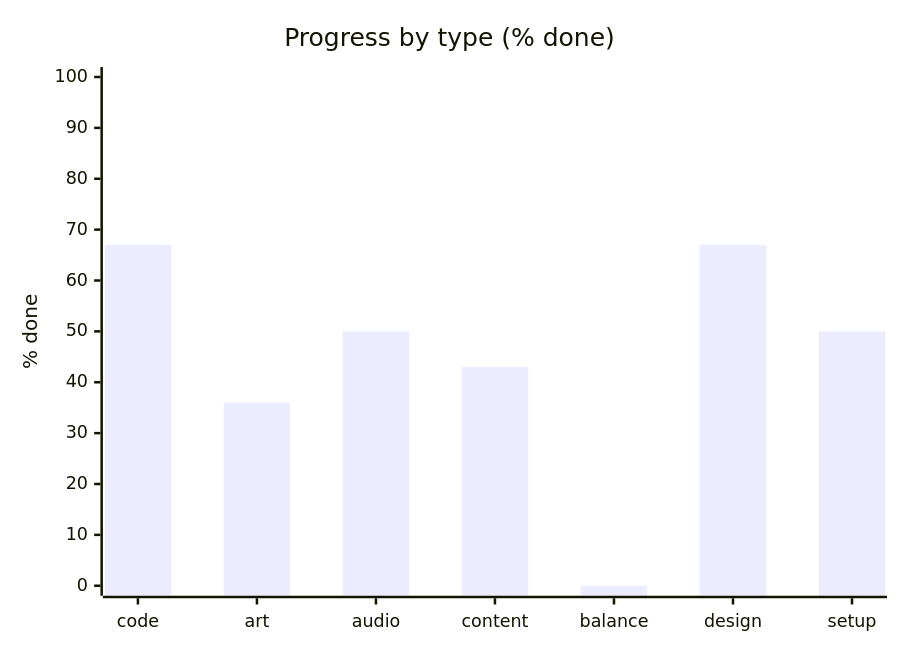
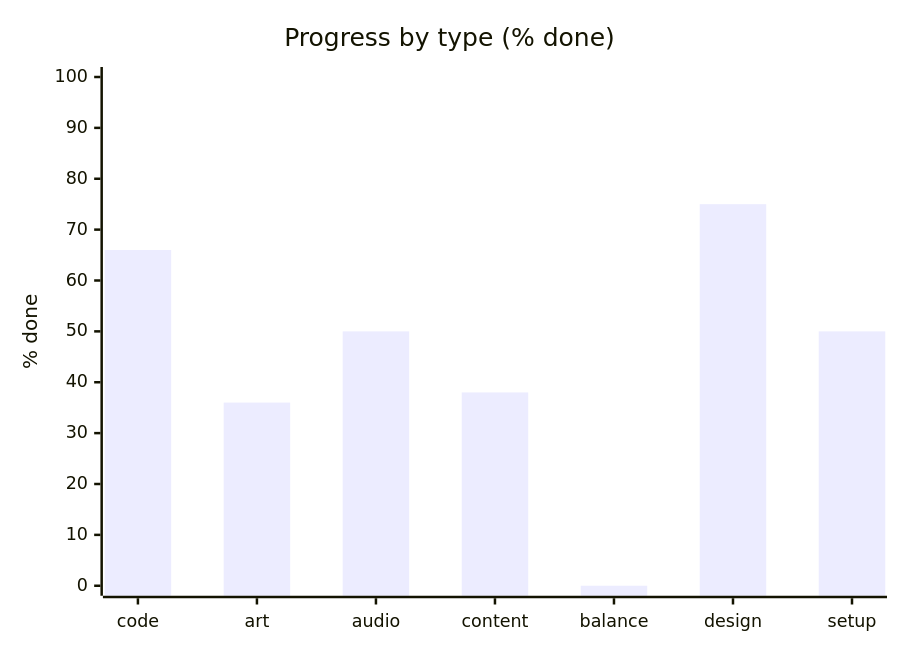
One commit to artemiiShabanov/RallyRivals changed the second of 3 diagrams in STATUS.md. Above: the diagram before and after it, drawn with Mermaid. The commit also changed other lines of this file and 4 other files, not shown here.

````diff
--- a/STATUS.md
+++ b/STATUS.md
@@ -17,7 +17,7 @@
 ```mermaid
 xychart-beta
     title "Progress by type (% done)"
     x-axis ["code", "art", "audio", "content", "balance", "design", "setup"]
     y-axis "% done" 0 --> 100
-    bar [67, 36, 50, 43, 0, 67, 50]
+    bar [66, 36, 50, 38, 0, 75, 50]
 ```
````
